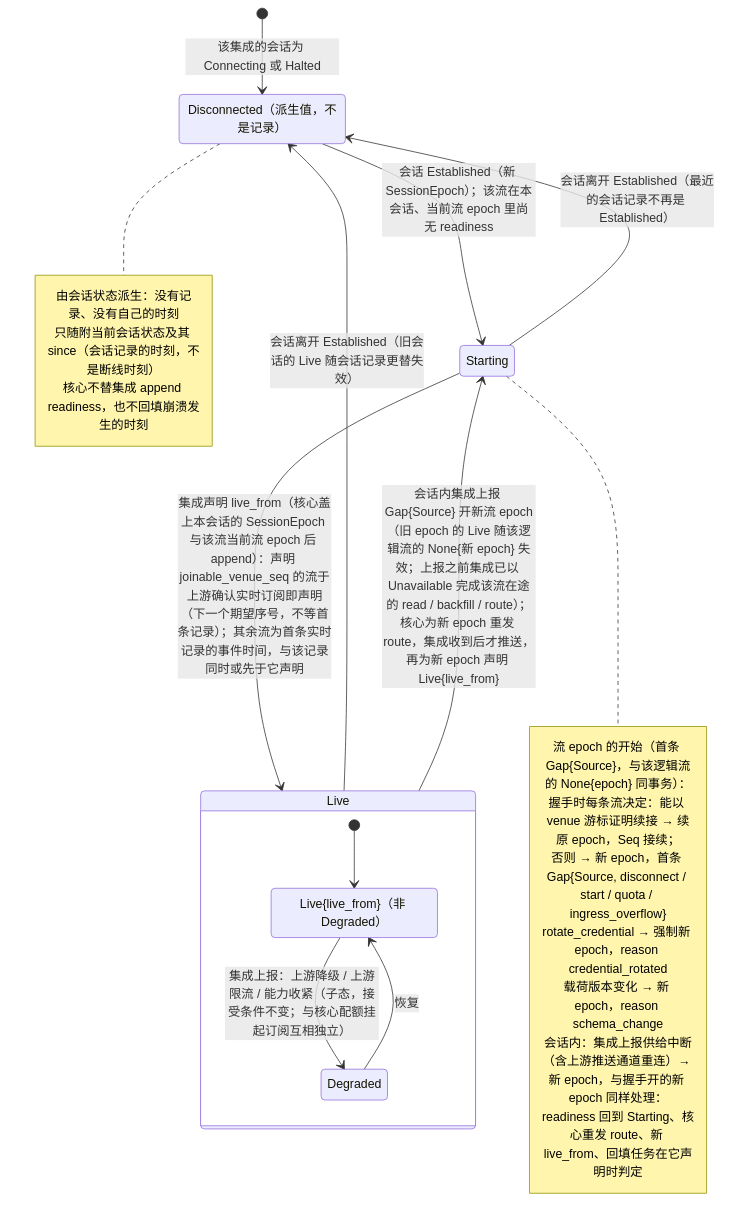
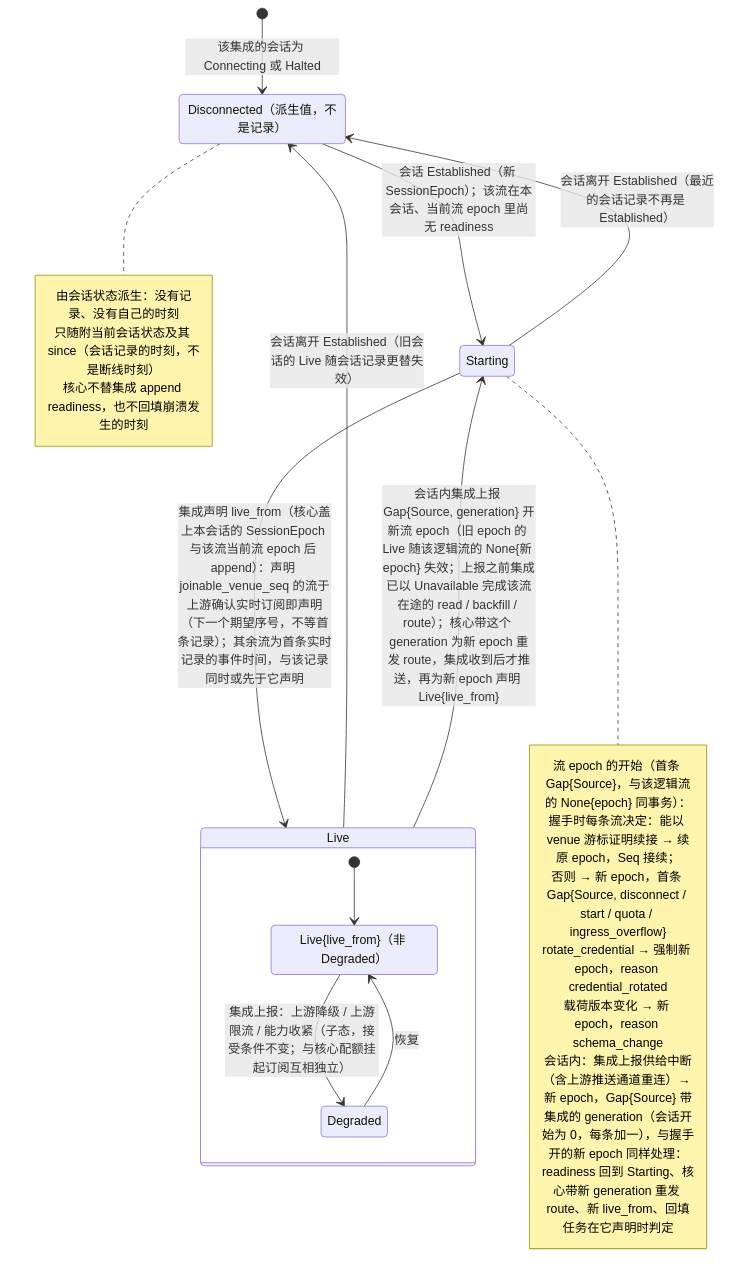
The second of 6 diagrams in design/diagrams/03-observation-ingest.md (mouriya-s-lab/uta), drawn with Mermaid before and after one commit. The commit also changed other lines of this file and 10 other files, not shown here.

Commit message:
design: route carries the integration-owned generation so the integration alone judges epoch crossing; dispatch_end per destination stream; stream epoch and stream calls in the lifecycle table; Load never compares versions; D5.2 scope check

````diff
--- a/design/diagrams/03-observation-ingest.md
+++ b/design/diagrams/03-observation-ingest.md
@@ -51,30 +51,30 @@
 ```mermaid
 stateDiagram-v2
   state "Disconnected（派生值，不是记录）" as DC
   state "Live{live_from}（非 Degraded）" as LN
   [*] --> DC : 该集成的会话为 Connecting 或 Halted
   DC --> Starting : 会话 Established（新 SessionEpoch）；该流在本会话、当前流 epoch 里尚无 readiness
   Starting --> Live : 集成声明 live_from（核心盖上本会话的 SessionEpoch 与该流当前流 epoch 后 append）：声明 joinable_venue_seq 的流于上游确认实时订阅即声明（下一个期望序号，不等首条记录）；其余流为首条实时记录的事件时间，与该记录同时或先于它声明
   state Live {
     [*] --> LN
     LN --> Degraded : 集成上报：上游降级 / 上游限流 / 能力收紧（子态，接受条件不变；与核心配额挂起订阅互相独立）
     Degraded --> LN : 恢复
   }
   Starting --> DC : 会话离开 Established（最近的会话记录不再是 Established）
   Live --> DC : 会话离开 Established（旧会话的 Live 随会话记录更替失效）
-  Live --> Starting : 会话内集成上报 Gap{Source} 开新流 epoch（旧 epoch 的 Live 随该逻辑流的 None{新 epoch} 失效；上报之前集成已以 Unavailable 完成该流在途的 read / backfill / route）；核心为新 epoch 重发 route，集成收到后才推送，再为新 epoch 声明 Live{live_from}
+  Live --> Starting : 会话内集成上报 Gap{Source, generation} 开新流 epoch（旧 epoch 的 Live 随该逻辑流的 None{新 epoch} 失效；上报之前集成已以 Unavailable 完成该流在途的 read / backfill / route）；核心带这个 generation 为新 epoch 重发 route，集成收到后才推送，再为新 epoch 声明 Live{live_from}
   note right of DC
     由会话状态派生：没有记录、没有自己的时刻
     只随附当前会话状态及其 since（会话记录的时刻，不是断线时刻）
     核心不替集成 append readiness，也不回填崩溃发生的时刻
   end note
   note right of Starting
     流 epoch 的开始（首条 Gap{Source}，与该逻辑流的 None{epoch} 同事务）：
     握手时每条流决定：能以 venue 游标证明续接 → 续原 epoch，Seq 接续；
     否则 → 新 epoch，首条 Gap{Source, disconnect / start / quota / ingress_overflow}
     rotate_credential → 强制新 epoch，reason credential_rotated
     载荷版本变化 → 新 epoch，reason schema_change
-    会话内：集成上报供给中断（含上游推送通道重连）→ 新 epoch，与握手开的新 epoch 同样处理：
-    readiness 回到 Starting、核心重发 route、新 live_from、回填任务在它声明时判定
+    会话内：集成上报供给中断（含上游推送通道重连）→ 新 epoch，Gap{Source} 带集成的 generation（会话开始为 0，每条加一），与握手开的新 epoch 同样处理：
+    readiness 回到 Starting、核心带新 generation 重发 route、新 live_from、回填任务在它声明时判定
   end note
 ```
````
